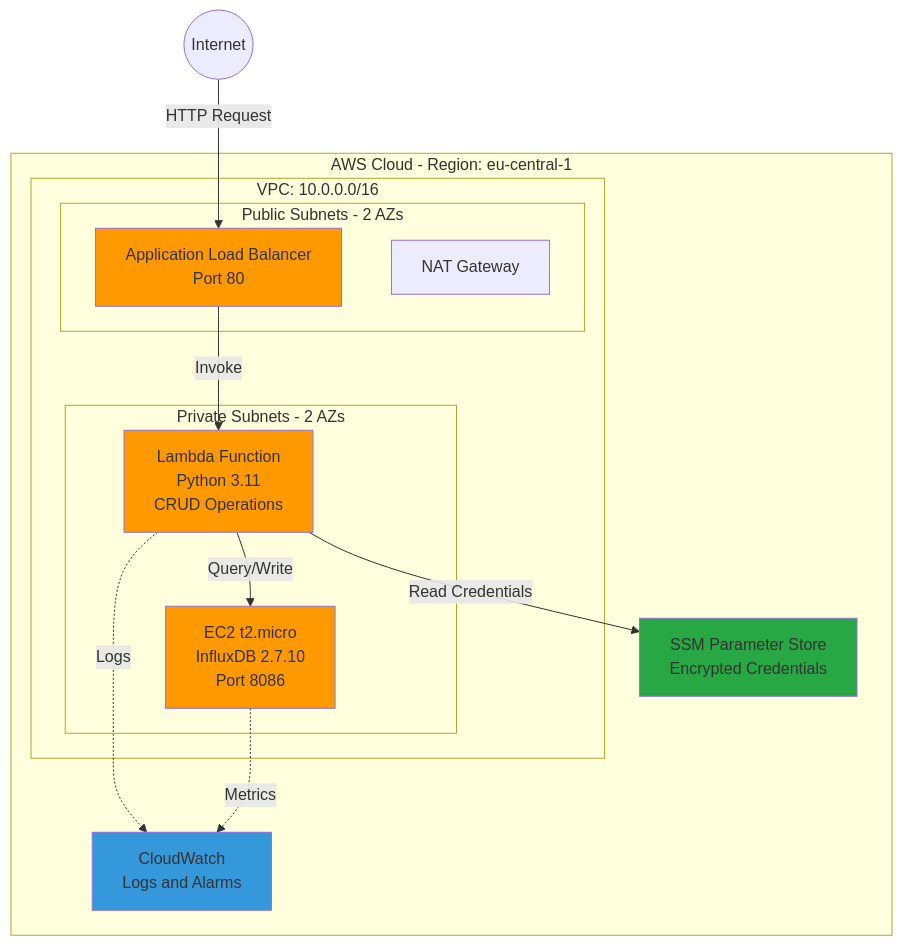
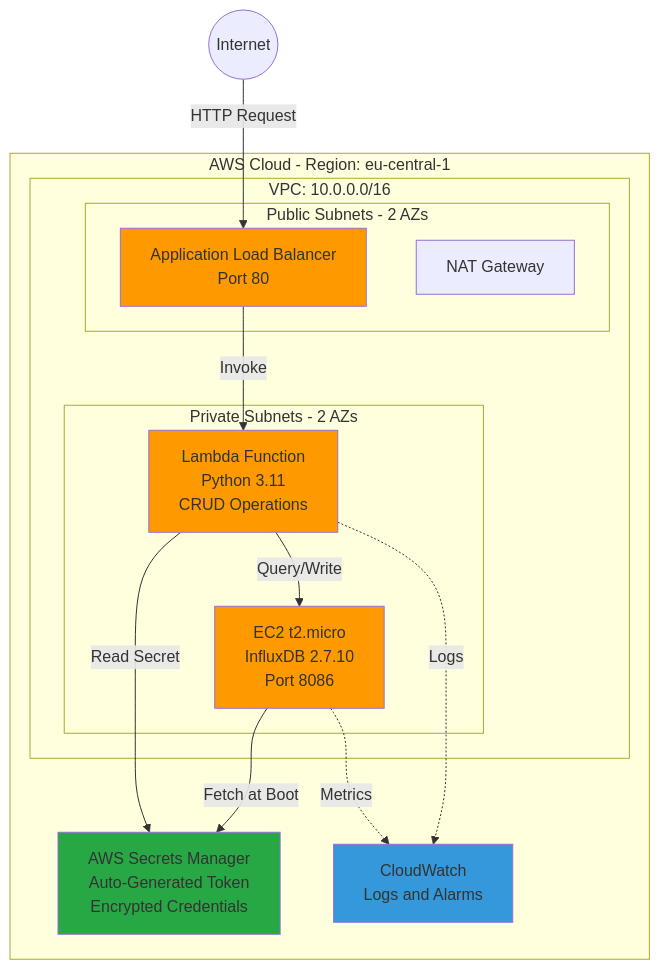
One commit to glamprinakis/SMPNetAssignment- changed the diagram in README.md. Above: the diagram before and after it, drawn with Mermaid. The commit also changed other lines of this file, not shown here.

Commit message:
docs: document Secrets Manager inspection and rotation; clarify retrieval for testing

````diff
--- a/README.md
+++ b/README.md
@@ -9,34 +9,35 @@
 ```mermaid
 graph TB
     Internet((Internet))
     
     subgraph AWS[AWS Cloud - Region: eu-central-1]
         subgraph VPC[VPC: 10.0.0.0/16]
             subgraph PublicSubnets[Public Subnets - 2 AZs]
                 ALB[Application Load Balancer<br/>Port 80]
                 NAT[NAT Gateway]
             end
             
             subgraph PrivateSubnets[Private Subnets - 2 AZs]
                 Lambda[Lambda Function<br/>Python 3.11<br/>CRUD Operations]
                 EC2[EC2 t2.micro<br/>InfluxDB 2.7.10<br/>Port 8086]
             end
         end
         
-        SSM[SSM Parameter Store<br/>Encrypted Credentials]
+        Secrets[AWS Secrets Manager<br/>Auto-Generated Token<br/>Encrypted Credentials]
         CloudWatch[CloudWatch<br/>Logs and Alarms]
     end
     
     Internet -->|HTTP Request| ALB
     ALB -->|Invoke| Lambda
-    Lambda -->|Read Credentials| SSM
+    Lambda -->|Read Secret| Secrets
     Lambda -->|Query/Write| EC2
+    EC2 -->|Fetch at Boot| Secrets
     Lambda -.->|Logs| CloudWatch
     EC2 -.->|Metrics| CloudWatch
     
     style ALB fill:#ff9900
     style Lambda fill:#ff9900
     style EC2 fill:#ff9900
-    style SSM fill:#28a745
+    style Secrets fill:#28a745
     style CloudWatch fill:#3498db
 ```
````
